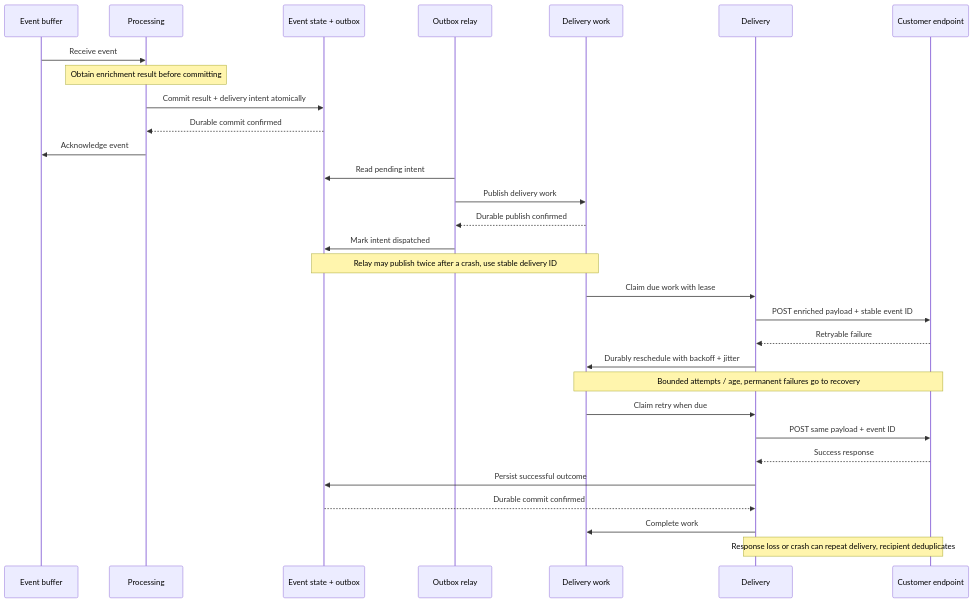
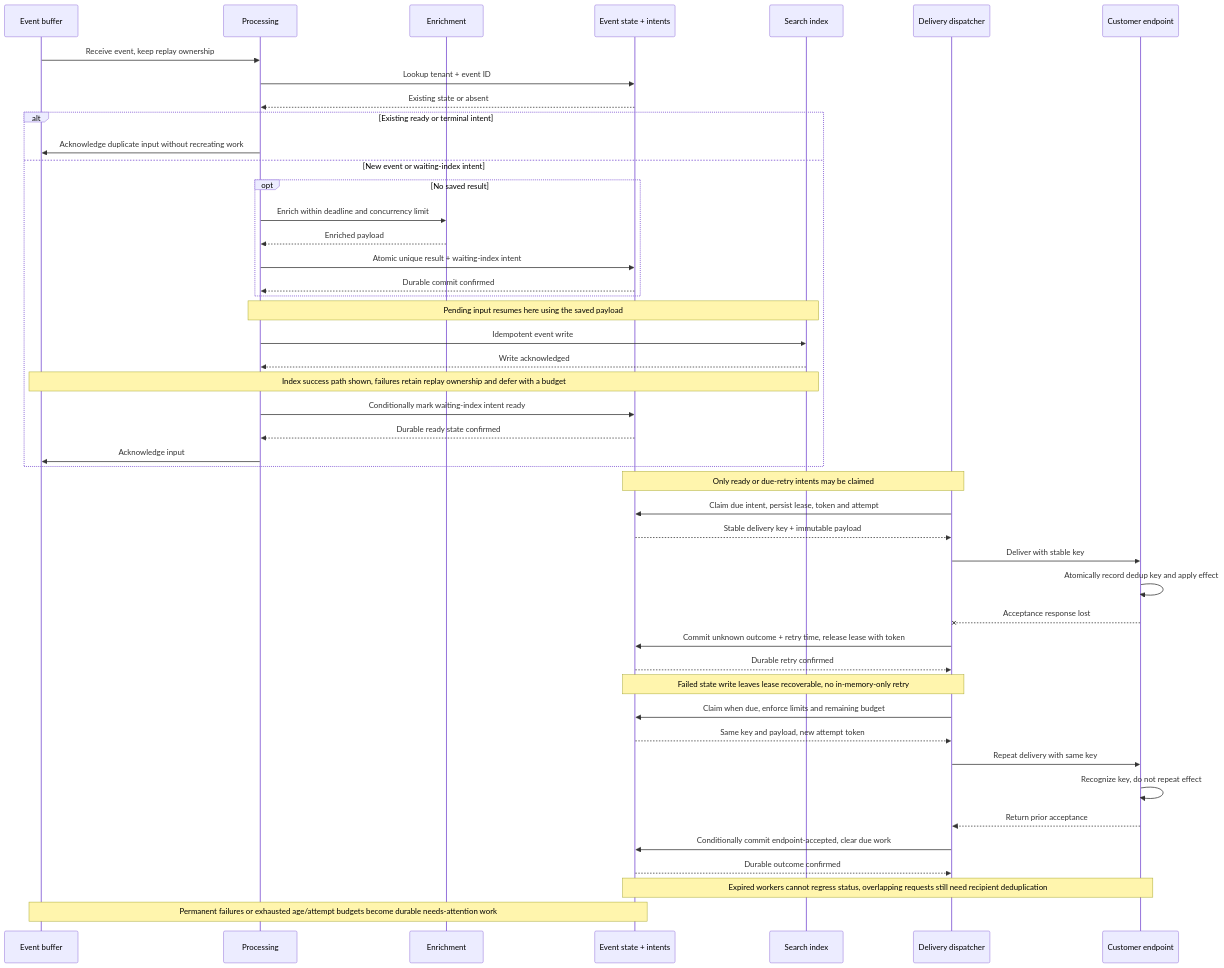
The diagram in diagrams/delivery-retry-sequence.mmd (danielcg-net/sre-leadership-case-study), drawn with Mermaid before and after one commit. The commit also changed 8 other files, not shown here.

Commit message:
sre-109: scope design and sequence to three priorities

```diff
--- a/diagrams/delivery-retry-sequence.mmd
+++ b/diagrams/delivery-retry-sequence.mmd
@@ -1,32 +1,48 @@
 sequenceDiagram
-    accTitle: Proposed durable handoff and delivery retry sequence
-    accDescr: Processing commits an enriched event and outbox intent before acknowledging the original event. A relay publishes durable delivery work. Failed delivery schedules a bounded retry without calling enrichment again. A successful endpoint response is persisted before completion. Crashes can still cause duplicates, a stable event identifier supports deduplication.
+    accTitle: Durable processing and an ambiguous delivery retry
+    accDescr: Input remains replayable while processing saves an immutable result and a waiting-index intent. The existing search write must succeed before the intent becomes ready and the input is acknowledged. Delivery claims ready work using a lease and token. A customer can apply an effect but lose its response. The dispatcher records an unknown outcome and durable retry time, then retries the same key and payload. A cooperating recipient deduplicates the effect. Conditional updates prevent stale attempts from changing accepted status, exhausted work remains visible for recovery.
     participant B as Event buffer
     participant P as Processing
-    participant S as Event state + outbox
-    participant R as Outbox relay
-    participant Q as Delivery work
-    participant D as Delivery
-    participant E as Customer endpoint
-    B->>P: Receive event
-    Note over P: Obtain enrichment result before committing
-    P->>S: Commit result + delivery intent atomically
-    S-->>P: Durable commit confirmed
-    P->>B: Acknowledge event
-    R->>S: Read pending intent
-    R->>Q: Publish delivery work
-    Q-->>R: Durable publish confirmed
-    R->>S: Mark intent dispatched
-    Note over S,Q: Relay may publish twice after a crash, use stable delivery ID
-    Q->>D: Claim due work with lease
-    D->>E: POST enriched payload + stable event ID
-    E-->>D: Retryable failure
-    D->>Q: Durably reschedule with backoff + jitter
-    Note over Q,E: Bounded attempts / age, permanent failures go to recovery
-    Q->>D: Claim retry when due
-    D->>E: POST same payload + event ID
-    E-->>D: Success response
-    D->>S: Persist successful outcome
-    S-->>D: Durable commit confirmed
-    D->>Q: Complete work
-    Note over D,E: Response loss or crash can repeat delivery, recipient deduplicates
+    participant E as Enrichment
+    participant S as Event state + intents
+    participant I as Search index
+    participant D as Delivery dispatcher
+    participant C as Customer endpoint
+    B->>P: Receive event, keep replay ownership
+    P->>S: Lookup tenant + event ID
+    S-->>P: Existing state or absent
+    alt Existing ready or terminal intent
+        P->>B: Acknowledge duplicate input without recreating work
+    else New event or waiting-index intent
+        opt No saved result
+            P->>E: Enrich within deadline and concurrency limit
+            E-->>P: Enriched payload
+            P->>S: Atomic unique result + waiting-index intent
+            S-->>P: Durable commit confirmed
+        end
+        Note over P,I: Pending input resumes here using the saved payload
+        P->>I: Idempotent event write
+        I-->>P: Write acknowledged
+        Note over B,I: Index success path shown, failures retain replay ownership and defer with a budget
+        P->>S: Conditionally mark waiting-index intent ready
+        S-->>P: Durable ready state confirmed
+        P->>B: Acknowledge input
+    end
+    Note over S,D: Only ready or due-retry intents may be claimed
+    D->>S: Claim due intent, persist lease, token and attempt
+    S-->>D: Stable delivery key + immutable payload
+    D->>C: Deliver with stable key
+    C->>C: Atomically record dedup key and apply effect
+    C--xD: Acceptance response lost
+    D->>S: Commit unknown outcome + retry time, release lease with token
+    S-->>D: Durable retry confirmed
+    Note over S,D: Failed state write leaves lease recoverable, no in-memory-only retry
+    D->>S: Claim when due, enforce limits and remaining budget
+    S-->>D: Same key and payload, new attempt token
+    D->>C: Repeat delivery with same key
+    C->>C: Recognize key, do not repeat effect
+    C-->>D: Return prior acceptance
+    D->>S: Conditionally commit endpoint-accepted, clear due work
+    S-->>D: Durable outcome confirmed
+    Note over S,C: Expired workers cannot regress status, overlapping requests still need recipient deduplication
+    Note over B,S: Permanent failures or exhausted age/attempt budgets become durable needs-attention work
```
